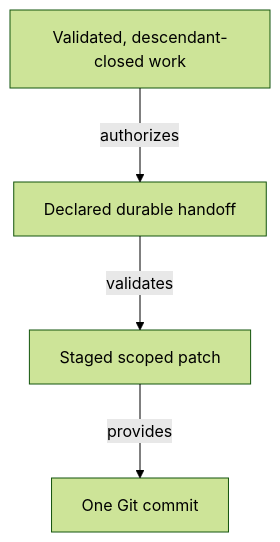
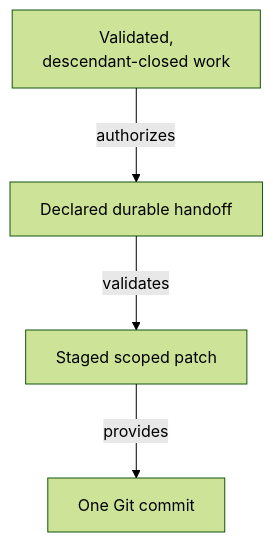
Before and after one commit to abstract-business-systems/as-is: the diagram in skills/committing-completed-work/as-is.md, drawn with Mermaid (forest theme). The commit also changed 47 other files, not shown here.

Commit message:
docs(diagrams): improve Mermaid readability validation

````diff
--- a/skills/committing-completed-work/as-is.md
+++ b/skills/committing-completed-work/as-is.md
@@ -16,10 +16,10 @@
 ```mermaid
 ---
 config:
   layout: elk
 ---
 flowchart TB
-    Evidence["Validated, descendant-closed work"] -->|authorizes| Scope["Declared durable handoff"]
+    Evidence["Validated,<br/>descendant-closed work"] -->|authorizes| Scope["Declared durable handoff"]
     Scope -->|validates| Patch["Staged scoped patch"]
     Patch -->|provides| Commit["One Git commit"]
 ```
````
